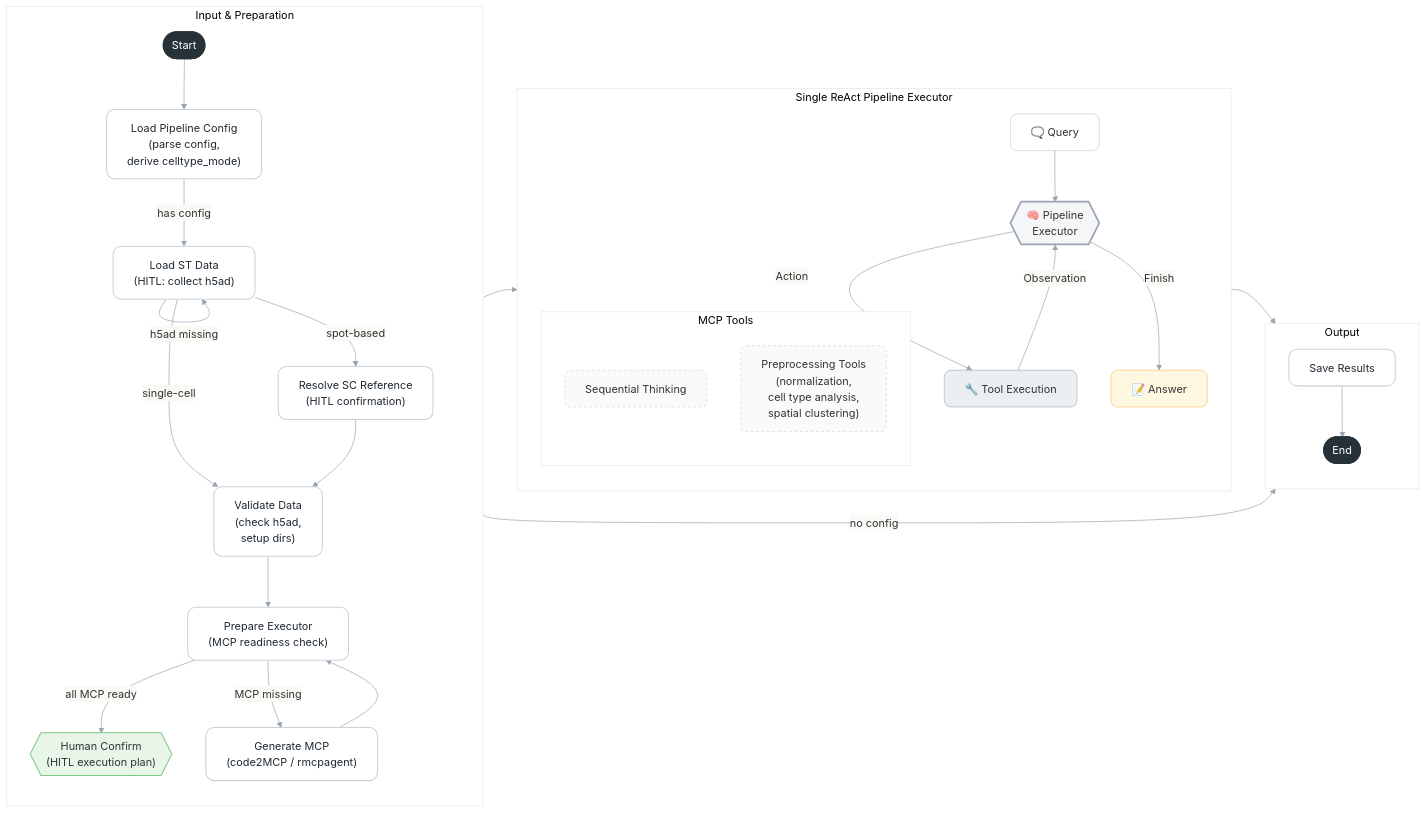
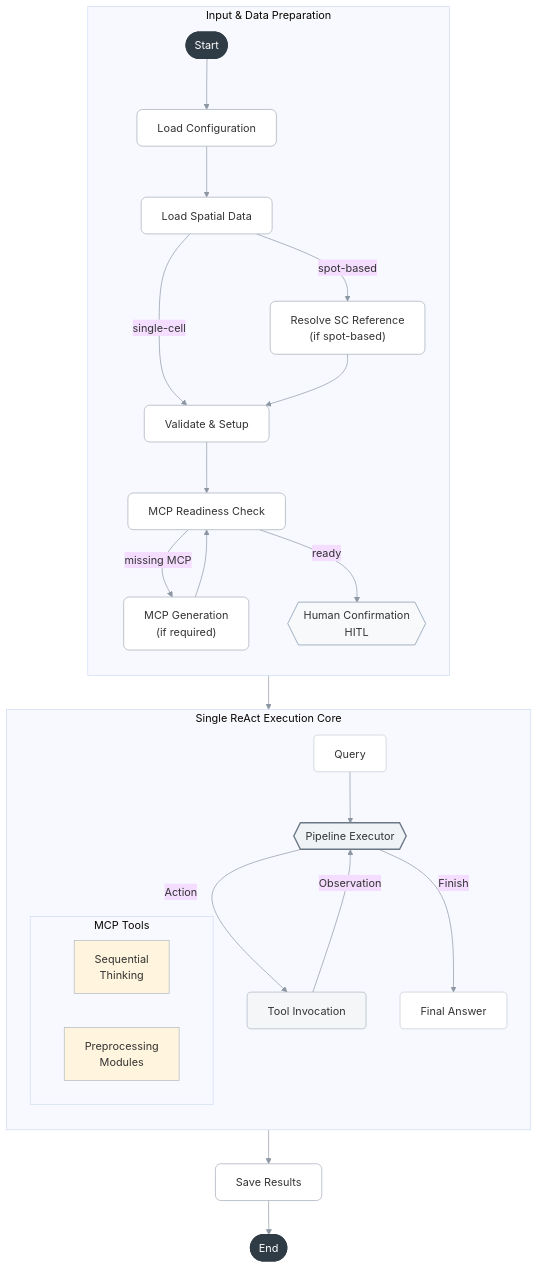
One commit to junghyunJJ/DeepMAST changed the diagram in agent_architecture/2.pipeline_executor.mermaid. Above: the diagram before and after it, drawn with Mermaid. The commit also changed 814 other files, not shown here.

```diff
--- a/agent_architecture/2.pipeline_executor.mermaid
+++ b/agent_architecture/2.pipeline_executor.mermaid
@@ -1,113 +1,92 @@
 %%{init: {
   "theme": "base",
   "themeVariables": {
     "fontFamily": "Helvetica, Arial",
-    "primaryColor": "#f5f7fa",
-    "primaryBorderColor": "#c9d1d9",
-    "lineColor": "#9aa4b2"
+    "primaryBorderColor": "#b0b8c1",
+    "lineColor": "#8c96a3"
   }
 }}%%
 
-flowchart LR
+flowchart TB
 
-%% =====================================================
-%% LEFT PANEL — Input & Preparation
-%% =====================================================
+%% =========================
+%% PANEL A — INPUT
+%% =========================
 
-subgraph INPUT_PANEL["Input & Preparation"]
+subgraph A["Input & Data Preparation"]
 direction TB
 
 start([Start]):::terminal
 
-load_config["Load Pipeline Config<br/>(parse config,<br/>derive celltype_mode)"]:::module
+load_config["Load Configuration"]:::module
+load_st["Load Spatial Data"]:::module
+sc_ref["Resolve SC Reference<br/>(if spot-based)"]:::module
+validate["Validate & Setup"]:::module
+prep["MCP Readiness Check"]:::module
+gen_mcp["MCP Generation<br/>(if required)"]:::module
+human_confirm{{"Human Confirmation<br/>HITL"}}:::decision
 
-load_st["Load ST Data<br/>(HITL: collect h5ad)"]:::module
+start --> load_config --> load_st
+load_st -->|spot-based| sc_ref
+load_st -->|single-cell| validate
+sc_ref --> validate
+validate --> prep
+prep -->|missing MCP| gen_mcp --> prep
+prep -->|ready| human_confirm
 
-sc_ref["Resolve SC Reference<br/>(HITL confirmation)"]:::module
-
-validate["Validate Data<br/>(check h5ad,<br/>setup dirs)"]:::module
-
-prep["Prepare Executor<br/>(MCP readiness check)"]:::module
-
-gen_mcp["Generate MCP<br/>(code2MCP / rmcpagent)"]:::module
-
-human_confirm{{"Human Confirm<br/>(HITL execution plan)"}}:::human
-
-end_input_anchor(( )):::hidden
 end
 
-%% =====================================================
-%% CENTER PANEL — Single ReAct Executor
-%% =====================================================
+%% =========================
+%% PANEL B — EXECUTION CORE
+%% =========================
 
-subgraph EXECUTOR["Single ReAct Pipeline Executor"]
+subgraph B["Single ReAct Execution Core"]
 direction TB
 
-Query["🗨️ Query"]:::inner
-Thinking{{"🧠 Pipeline<br/>Executor"}}:::agent
-ToolCall["🔧 Tool Execution"]:::tool
-Answer["📝 Answer"]:::answer
+Query["Query"]:::inner
+Thinking{{"Pipeline Executor"}}:::agent
+ToolCall["Tool Invocation"]:::tool
+Answer["Final Answer"]:::inner
 
 Query --> Thinking
 Thinking -->|Action| ToolCall
+ToolCall -->|Observation| Thinking
 Thinking -->|Finish| Answer
-ToolCall -->|Observation| Thinking
 
 subgraph MCP["MCP Tools"]
-direction TB
-mcp_st["Sequential Thinking"]:::subtool
-preprocessing["Preprocessing Tools<br/>(normalization,<br/>cell type analysis,<br/>spatial clustering)"]:::subtool
+    mcp_st["Sequential<br/>Thinking"]
+    preprocessing["Preprocessing<br/>Modules"]
 end
+
 
 end
 
-%% =====================================================
-%% RIGHT PANEL — Output
-%% =====================================================
+%% =========================
+%% PANEL C — OUTPUT
+%% =========================
 
-subgraph OUTPUT_PANEL["Output"]
-direction TB
 
 save["Save Results"]:::module
 end_node([End]):::terminal
 
-end
+save --> end_node
 
-%% =====================================================
-%% FLOW CONNECTIONS
-%% =====================================================
 
-start --> load_config
 
-load_config -->|has config| load_st
-load_config -->|no config| save
-
-load_st -->|h5ad missing| load_st
-load_st -->|spot-based| sc_ref
-load_st -->|single-cell| validate
-
-sc_ref --> validate
-validate --> prep
-
-prep -->|all MCP ready| human_confirm
-prep -->|MCP missing| gen_mcp
-gen_mcp --> prep
+%% =========================
+%% MAIN FLOW
+%% =========================
 
 human_confirm --> Query
 Answer --> save
-save --> end_node
 
+%% =========================
+%% STYLES — Academic Minimal
+%% =========================
 
-%% =====================================================
-%% STYLE DEFINITIONS
-%% =====================================================
-
-classDef module fill:#ffffff,stroke:#c9d1d9,stroke-width:1.5px,rx:12,ry:12,color:#1f2933
-classDef human fill:#e8f5e9,stroke:#81c784,stroke-width:1.5px,rx:12,ry:12
-classDef agent fill:#f4f6f8,stroke:#9aa4b2,stroke-width:2.5px,rx:18,ry:18
-classDef inner fill:#ffffff,stroke:#d1d5db,stroke-width:1.2px,rx:10,ry:10
-classDef tool fill:#eceff1,stroke:#b0bec5,stroke-width:1.2px,rx:10,ry:10
-classDef answer fill:#fff8e1,stroke:#ffcc80,stroke-width:1.2px,rx:10,ry:10
-classDef subtool fill:#f9fafb,stroke:#d1d5db,stroke-dasharray:4 4,rx:8,ry:8
-classDef terminal fill:#263238,color:#ffffff,stroke:#263238,stroke-width:2px,rx:16,ry:16
-classDef hidden fill:transparent,stroke:transparent
+classDef module fill:#ffffff,stroke:#b0b8c1,stroke-width:1.2px,rx:8,ry:8
+classDef decision fill:#f7f9fb,stroke:#8fa1b3,stroke-width:1.2px,rx:8,ry:8
+classDef agent fill:#f0f3f6,stroke:#6b7785,stroke-width:2px,rx:12,ry:12
+classDef inner fill:#ffffff,stroke:#c5ccd3,stroke-width:1px,rx:6,ry:6
+classDef tool fill:#f4f6f8,stroke:#aab4bf,stroke-width:1px,rx:6,ry:6
+classDef terminal fill:#2f3b45,color:#ffffff,stroke:#2f3b45,stroke-width:1.5px,rx:12,ry:12
```
